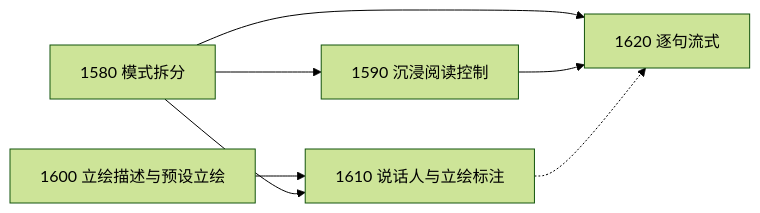
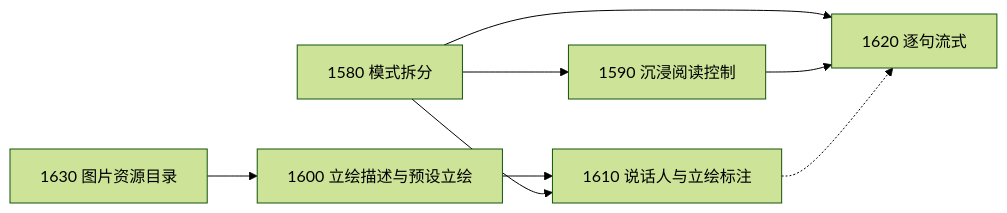
The diagram in docs/plans/PLAY_GALGAME_PRESENTATION_PLAN_2026-11-12.md (oh-awesome-novel/oh-awesome-novel), drawn with Mermaid (forest theme) before and after one commit. The commit also changed other lines of this file and 8 other files, not shown here.

First line of the commit message:
docs: store images outside Git and relax internal schema rules

````diff
--- a/docs/plans/PLAY_GALGAME_PRESENTATION_PLAN_2026-11-12.md
+++ b/docs/plans/PLAY_GALGAME_PRESENTATION_PLAN_2026-11-12.md
@@ -145,9 +150,10 @@
 ```mermaid
 flowchart LR
   A["1580 模式拆分"] --> B["1590 沉浸阅读控制"]
-  C["1600 立绘描述与预设立绘"] --> D["1610 说话人与立绘标注"]
+  R["1630 图片资源目录"] --> C["1600 立绘描述与预设立绘"]
+  C --> D["1610 说话人与立绘标注"]
   A --> D
   A --> E["1620 逐句流式"]
   B --> E
   D -.-> E
 ```
````
